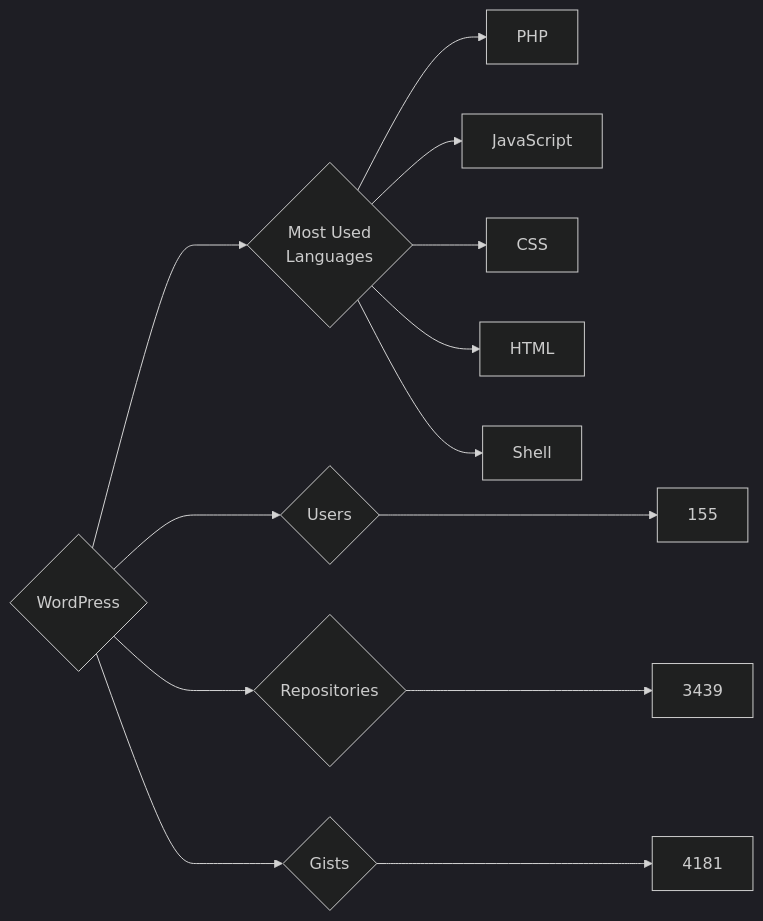
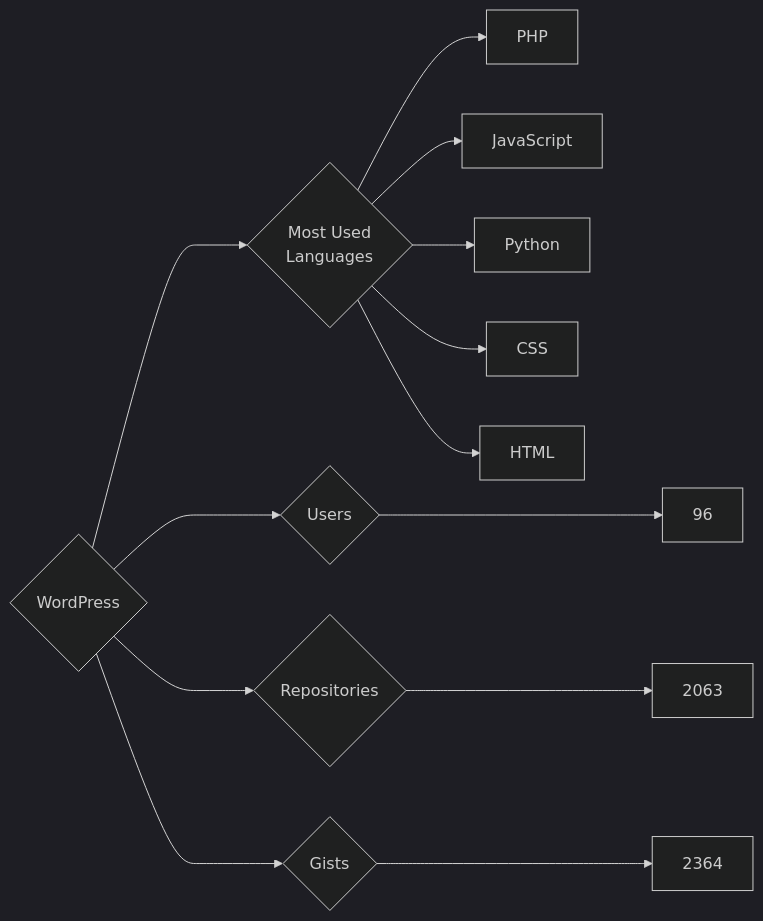
Before and after one commit to trickest/insiders: the diagram in targets/WordPress/README.md, drawn with Mermaid (dark theme). The commit also changed 886 other files, not shown here.

````diff
--- a/targets/WordPress/README.md
+++ b/targets/WordPress/README.md
@@ -3,13 +3,13 @@
 ```mermaid
 graph LR
 COMPANY_NAME{WordPress}
-COMPANY_NAME ---> U{Users} ---> UN[155]
-COMPANY_NAME ---> R{Repositories} ---> RN[3439]
-COMPANY_NAME ---> G{Gists} ---> GN[4181]
+COMPANY_NAME ---> U{Users} ---> UN[96]
+COMPANY_NAME ---> R{Repositories} ---> RN[2063]
+COMPANY_NAME ---> G{Gists} ---> GN[2364]
 COMPANY_NAME ---> ML{Most Used<br>Languages}
 ML --> PHP[PHP]
 ML --> JavaScript[JavaScript]
+ML --> Python[Python]
 ML --> CSS[CSS]
 ML --> HTML[HTML]
-ML --> Shell[Shell]
 ```
````
